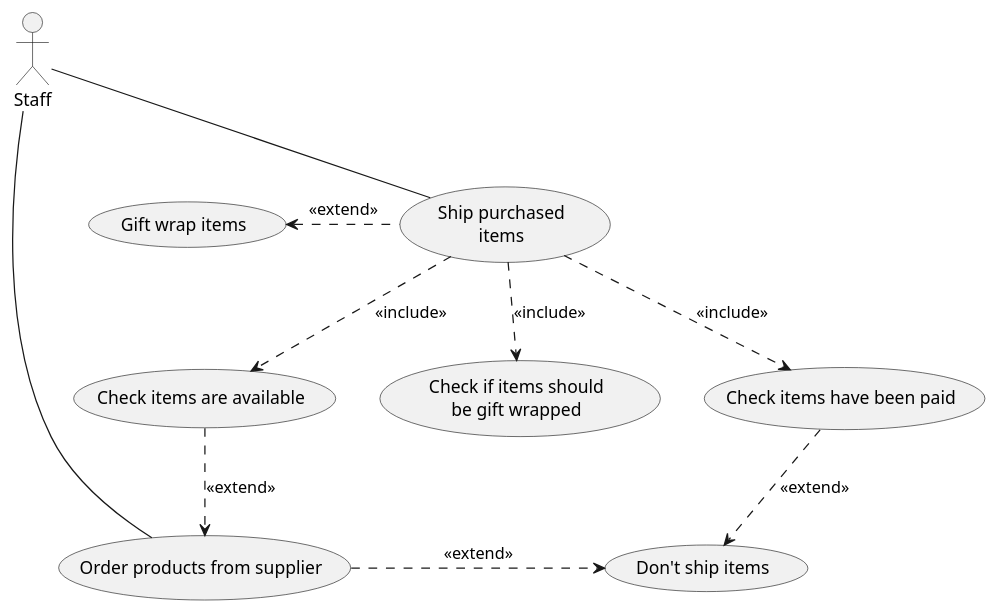
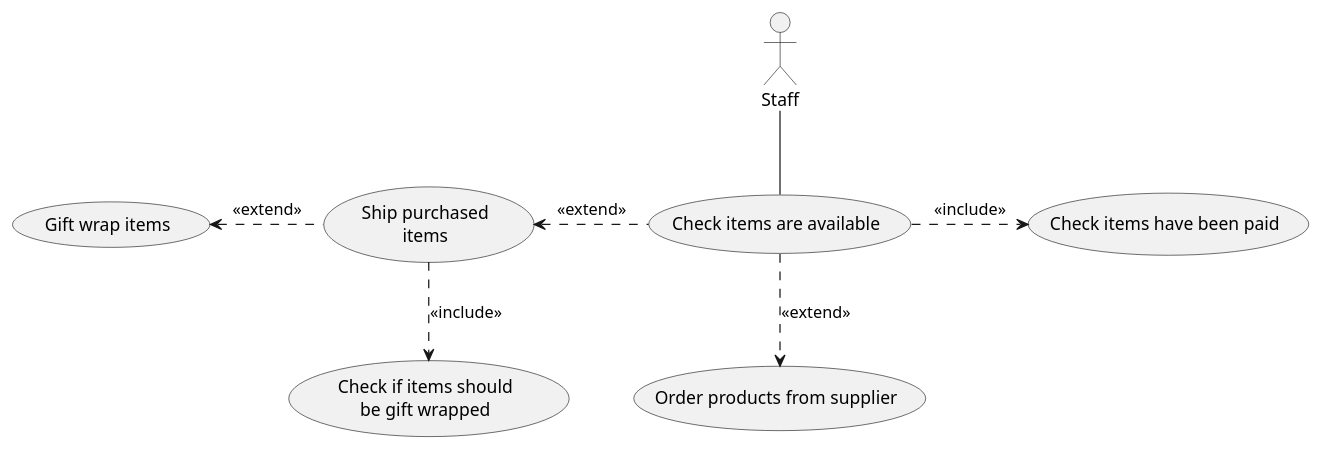
The diagram in milestone2/shipping.puml (shaystevens/INFO201-assignments), drawn with PlantUML before and after one commit.

Commit message:
shipping use case diagram

```diff
--- a/milestone2/shipping.puml
+++ b/milestone2/shipping.puml
@@ -1,23 +1,20 @@
 @startuml shipping
 actor :Staff: as Staff
 
 usecase (Gift wrap items) as GiftWrap
 usecase (Ship purchased\nitems) as ShipItems
 usecase (Check items have been paid) as CheckItemsPaid
 usecase (Check items are available) as CheckAvailability
 usecase (Check if items should\nbe gift wrapped) as CheckGiftWrap
 usecase (Order products from supplier) as ContactSupplier
-usecase (Don't ship items) as NoShipping
 
-Staff -- ShipItems
+
+Staff -- CheckAvailability
+ShipItems <. CheckAvailability : <<extend>>
 GiftWrap <. ShipItems : <<extend>>
-ShipItems ..> CheckItemsPaid : <<include>>
-ShipItems ..> CheckAvailability : <<include>>
+CheckAvailability.> CheckItemsPaid : <<include>>
 ShipItems ..> CheckGiftWrap : <<include>>
-Staff  -- ContactSupplier
 CheckAvailability ..> ContactSupplier : <<extend>>
-ContactSupplier .> NoShipping : <<extend>>
-CheckItemsPaid ..> NoShipping : <<extend>>
 
 
 @enduml
```
